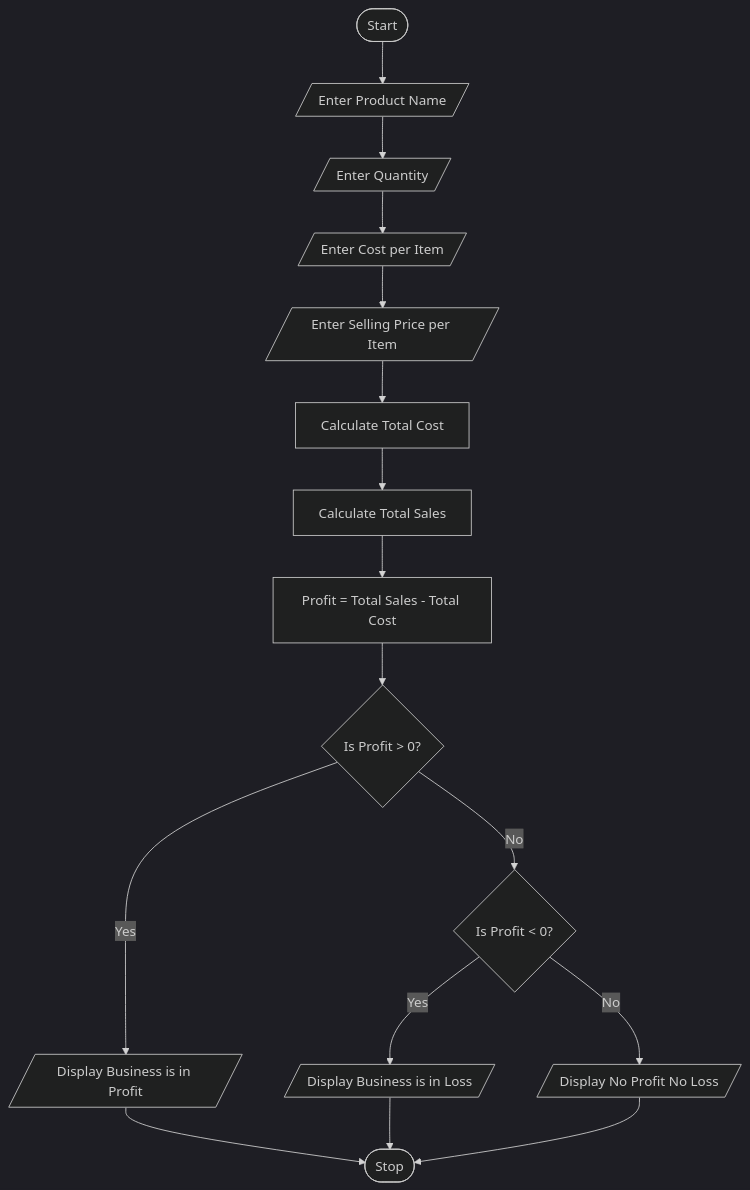
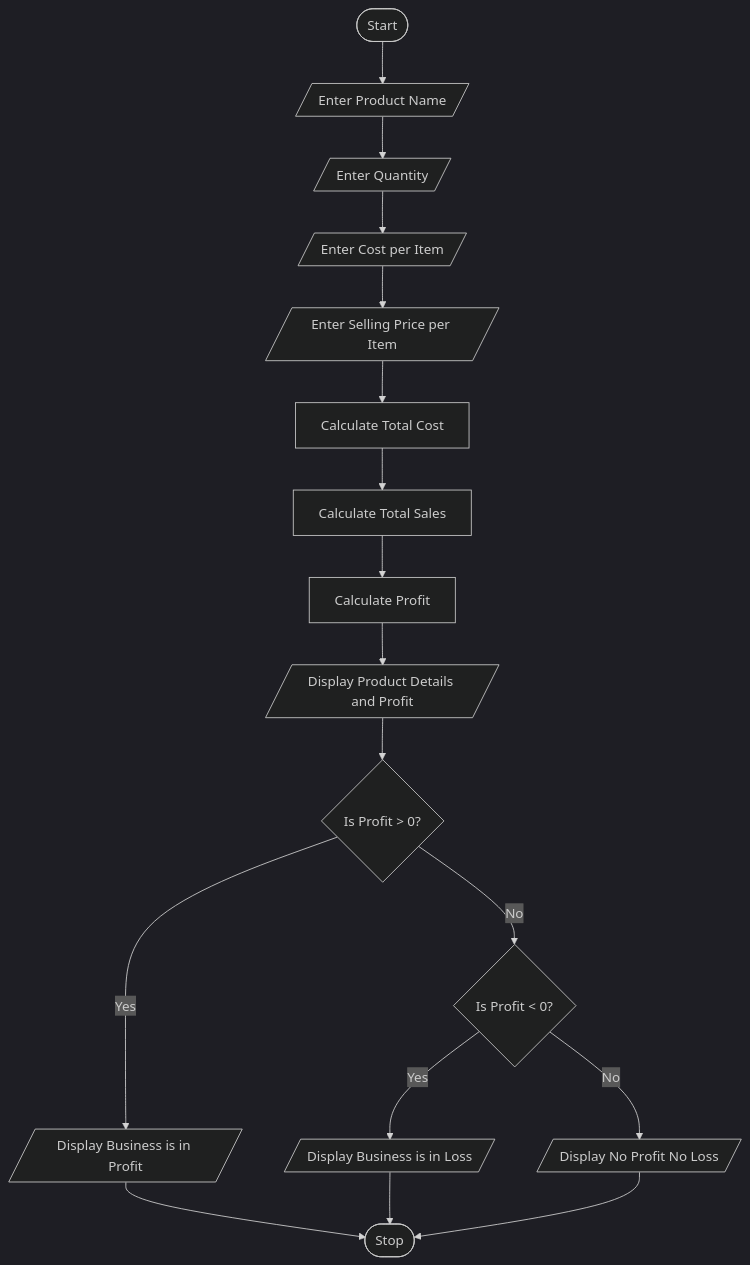
The diagram in Task8/code.md (muttamsettyjahnavi/Python-Activity-Based-Learning-), drawn with Mermaid (dark theme) before and after one commit. The commit also changed other lines of this file, not shown here.

````diff
--- a/Task8/code.md
+++ b/Task8/code.md
@@ -40,18 +45,19 @@
-```mermaid
+```mermaid id="p8k3m2"
 graph TD
     A([Start]) --> B[/Enter Product Name/]
     B --> C[/Enter Quantity/]
     C --> D[/Enter Cost per Item/]
     D --> E[/Enter Selling Price per Item/]
     E --> F[Calculate Total Cost]
     F --> G[Calculate Total Sales]
-    G --> H[Profit = Total Sales - Total Cost]
-    H --> I{Is Profit > 0?}
-    I -- Yes --> J[/Display Business is in Profit/]
-    I -- No --> K{Is Profit < 0?}
-    K -- Yes --> L[/Display Business is in Loss/]
-    K -- No --> M[/Display No Profit No Loss/]
-    J --> N([Stop])
-    L --> N
-    M --> N
+    G --> H[Calculate Profit]
+    H --> I[/Display Product Details and Profit/]
+    I --> J{Is Profit > 0?}
+    J -- Yes --> K[/Display Business is in Profit/]
+    J -- No --> L{Is Profit < 0?}
+    L -- Yes --> M[/Display Business is in Loss/]
+    L -- No --> N[/Display No Profit No Loss/]
+    K --> O([Stop])
+    M --> O
+    N --> O
 ```
````
